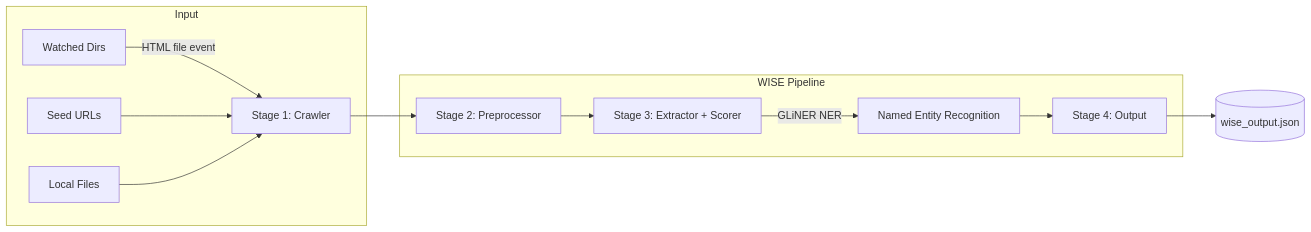
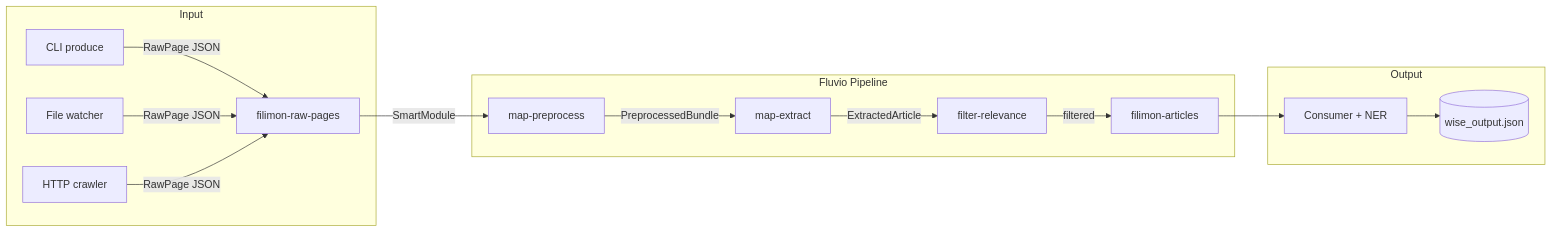
One commit to ferrlindev/filimon changed the diagram in README.md. Above: the diagram before and after it, drawn with Mermaid. The commit also changed other lines of this file and 28 other files, not shown here.

First line of the commit message:
feat: Fluvio streaming pipeline (fluvio-wise baseline)

````diff
--- a/README.md
+++ b/README.md
@@ -14,17 +15,20 @@
 ```mermaid
 flowchart LR
     subgraph Input
-        A[Watched Dirs] -->|HTML file event| W
-        B[Seed URLs] --> W
-        C[Local Files] --> W
+        A[CLI produce] -->|RawPage JSON| T1
+        B[File watcher] -->|RawPage JSON| T1
+        C[HTTP crawler] -->|RawPage JSON| T1
     end
 
-    subgraph WISE Pipeline
-        W[Stage 1: Crawler] --> P[Stage 2: Preprocessor]
-        P --> E[Stage 3: Extractor + Scorer]
-        E -->|GLiNER NER| N[Named Entity Recognition]
-        N --> O[Stage 4: Output]
+    subgraph Fluvio Pipeline
+        T1[filimon-raw-pages] -->|SmartModule| SM1[map-preprocess]
+        SM1 -->|PreprocessedBundle| SM2[map-extract]
+        SM2 -->|ExtractedArticle| SM3[filter-relevance]
+        SM3 -->|filtered| T2[filimon-articles]
     end
 
-    O --> JSON[(wise_output.json)]
+    subgraph Output
+        T2 --> CON[Consumer + NER]
+        CON --> JSON[(wise_output.json)]
+    end
 ```
````
